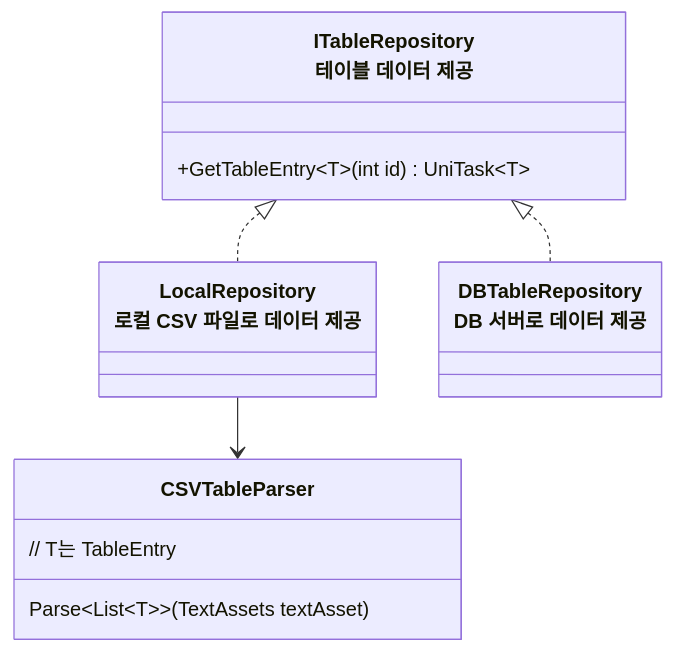
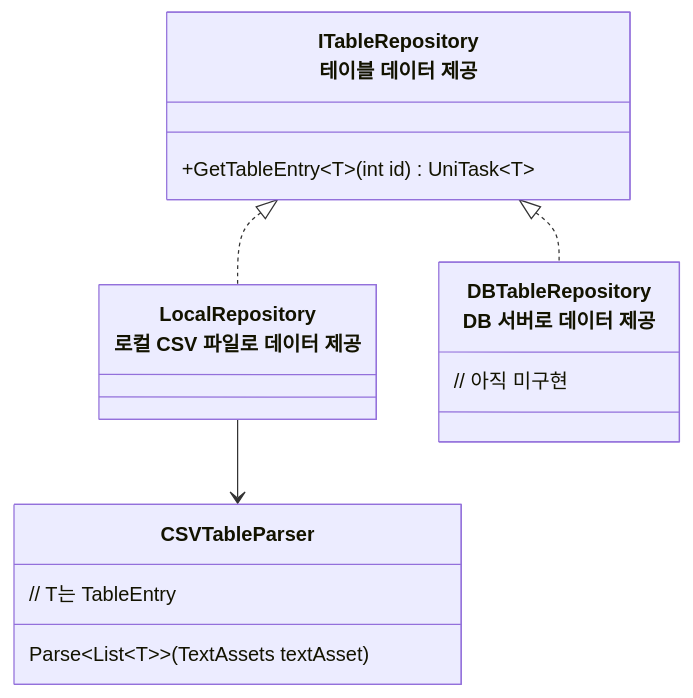
One commit to JIN5EOK/DungeonShooter changed the diagram in README/데이터테이블_설계.md. Above: the diagram before and after it, drawn with Mermaid. The commit also changed 2 other files, not shown here.

Commit message:
docs: 아이템 스킬 사용구조 설계 구체화

````diff
--- a/README/데이터테이블_설계.md
+++ b/README/데이터테이블_설계.md
@@ -10,23 +10,23 @@
 ```mermaid
 classDiagram
     class ITableRepository["ITableRepository<br>테이블 데이터 제공"]{
 	    +GetTableEntry~T~(int id) UniTask~T~
 	}
 	
 	class LocalTableRepository["LocalRepository<br>로컬 CSV 파일로 데이터 제공"]{
 
 	}
 	
 	class DBTableRepository["DBTableRepository<br>DB 서버로 데이터 제공"]{
-        
+        // 아직 미구현
 	}
 	
 	class CSVTableParser{
 	    Parse~List~T~~(TextAssets textAsset) 
 	    // T는 TableEntry
     }
 	
 	ITableRepository <|.. LocalTableRepository
 	ITableRepository <|.. DBTableRepository
     LocalTableRepository --> CSVTableParser
 ```
````
